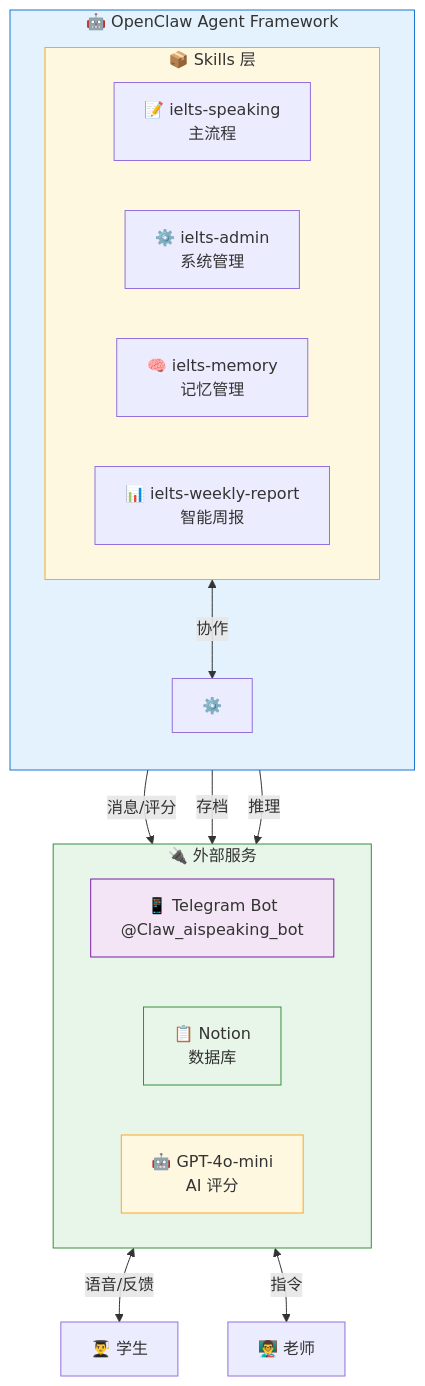
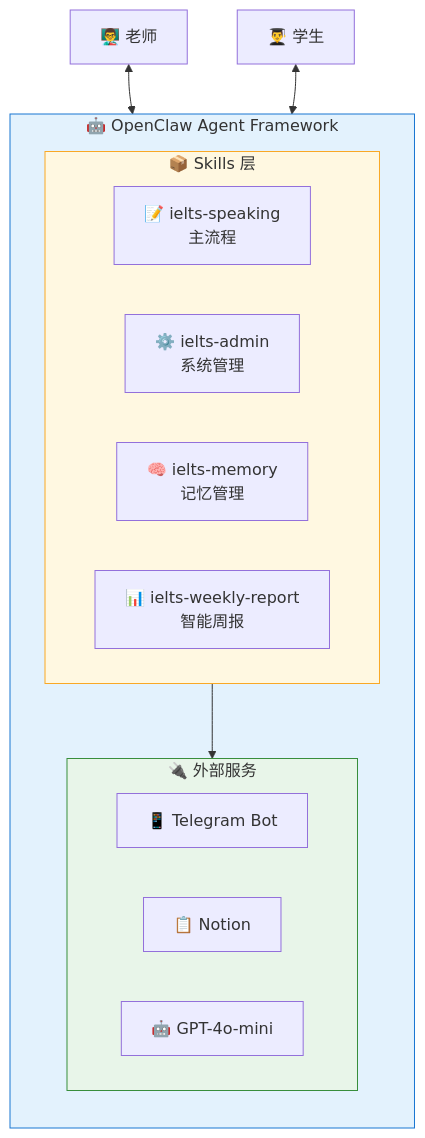
Before and after one commit to KaichenCurry/ielts-speaking-ai: the first of 3 diagrams in README.md, drawn with Mermaid. The commit also changed other lines of this file, not shown here.

Commit message:
fix: 优化系统架构图对称性，移除Band计算流程图

````diff
--- a/README.md
+++ b/README.md
@@ -28,37 +28,30 @@
 ```mermaid
 flowchart TB
-    subgraph OpenClaw["🤖 OpenClaw Agent Framework"]
+    subgraph Framework["🤖 OpenClaw Agent Framework"]
         direction TB
         
         subgraph Skills["📦 Skills 层"]
             direction LR
             S1["📝 ielts-speaking<br/>主流程"]
             S2["⚙️ ielts-admin<br/>系统管理"]
             S3["🧠 ielts-memory<br/>记忆管理"]
             S4["📊 ielts-weekly-report<br/>智能周报"]
         end
         
-        Skills <-->|"协作"| Admin["⚙️"]
+        subgraph Services["🔌 外部服务"]
+            direction LR
+            TGB["📱 Telegram Bot"]
+            NT["📋 Notion"]
+            AI["🤖 GPT-4o-mini"]
+        end
+        
+        Skills --> Services
     end
+
+    Teacher["👨‍🏫 老师"] <--> TGB
+    Student["👨‍🎓 学生"] <--> TGB
     
-    subgraph External["🔌 外部服务"]
-        direction LR
-        TG["📱 Telegram Bot<br/>@Claw_aispeaking_bot"]
-        NT["📋 Notion<br/>数据库"]
-        AI["🤖 GPT-4o-mini<br/>AI 评分"]
-    end
-    
-    Skills -->|"消息/评分"| TG
-    Skills -->|"存档"| NT
-    Skills -->|"推理"| AI
-    
-    TG <-->|"语音/反馈"| Students["👨‍🎓 学生"]
-    TG <-->|"指令"| Teacher["👨‍🏫 老师"]
-    
-    style OpenClaw fill:#e3f2fd,stroke:#1976d2
+    style Framework fill:#e3f2fd,stroke:#1976d2
     style Skills fill:#fff8e1,stroke:#f9a825
-    style External fill:#e8f5e9,stroke:#388e3c
-    style TG fill:#f3e5f5,stroke:#7b1fa2
-    style NT fill:#e8f5e9,stroke:#388e3c
-    style AI fill:#fff8e1,stroke:#f9a825
+    style Services fill:#e8f5e9,stroke:#388e3c
 ```
````
